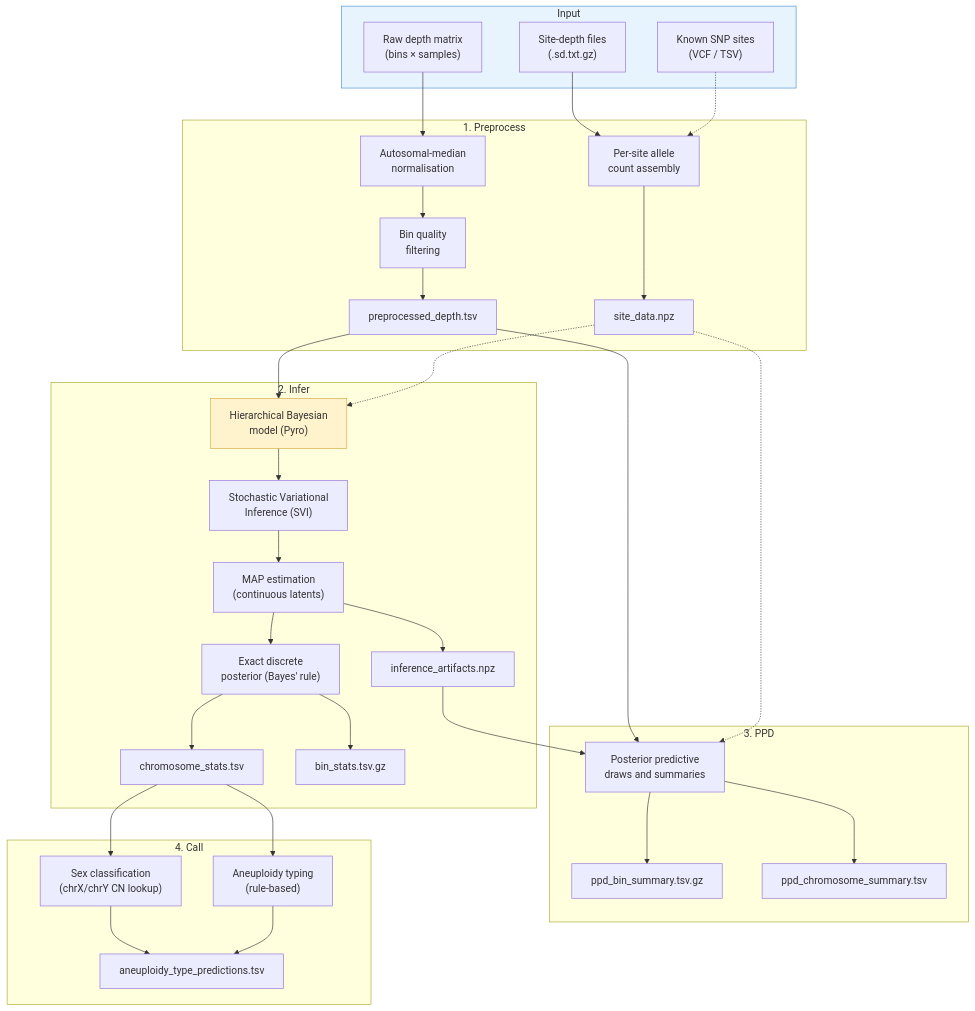
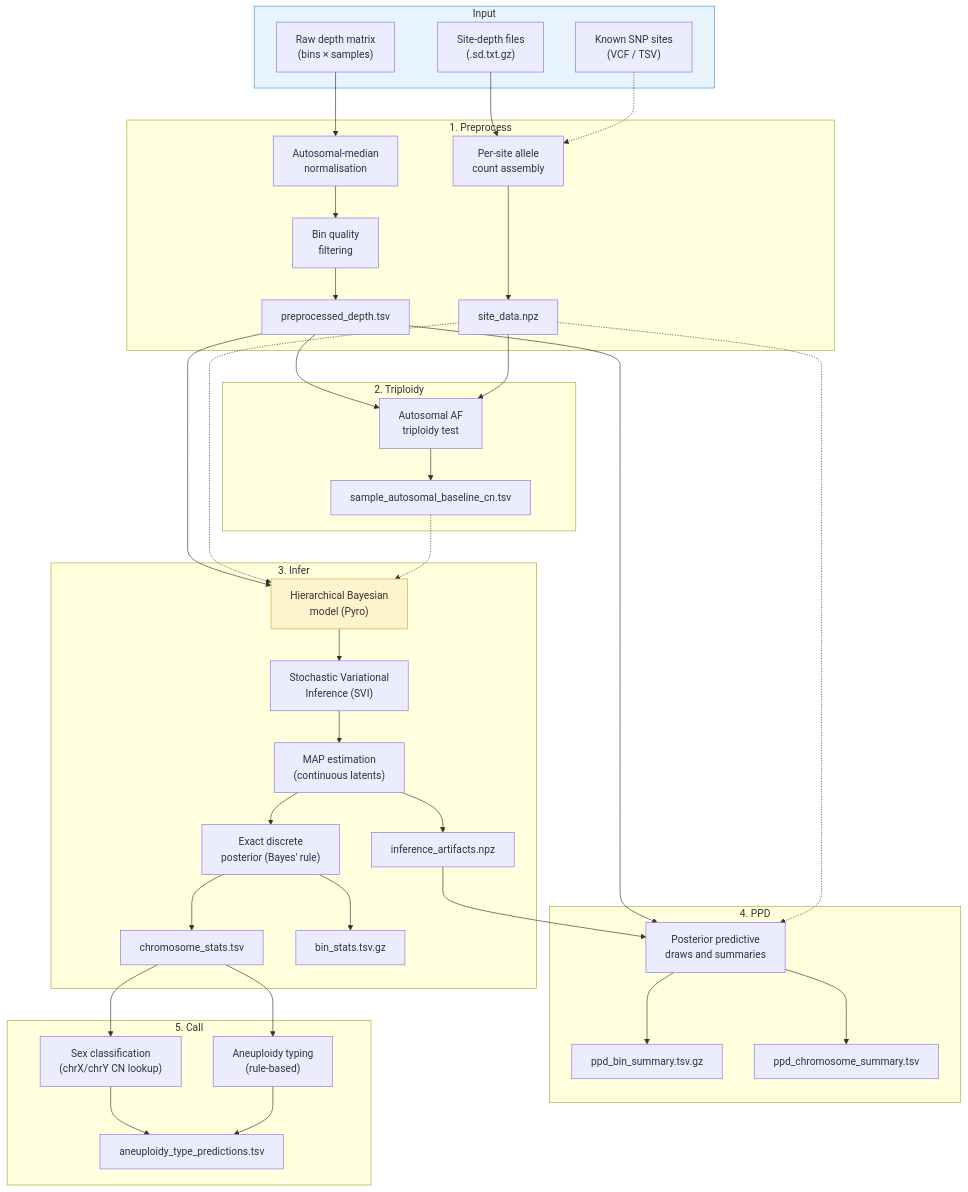
One commit to broadinstitute/gatk-sv changed the first of 5 diagrams in src/gatk-sv-ploidy/README.md. Above: the diagram before and after it, drawn with Mermaid. The commit also changed other lines of this file and 14 other files, not shown here.

````diff
--- a/src/gatk-sv-ploidy/README.md
+++ b/src/gatk-sv-ploidy/README.md
@@ -110,51 +139,59 @@
 ```mermaid
 flowchart TD
     subgraph Input
         RD["Raw depth matrix\n(bins × samples)"]
         SD["Site-depth files\n(.sd.txt.gz)"]
         KS["Known SNP sites\n(VCF / TSV)"]
     end
 
     subgraph "1. Preprocess"
         N["Autosomal-median\nnormalisation"]
         BF["Bin quality\nfiltering"]
         AF["Per-site allele\ncount assembly"]
         RD --> N --> BF
         SD --> AF
         KS -.-> AF
         BF --> PD["preprocessed_depth.tsv"]
         AF --> SN["site_data.npz"]
     end
 
-    subgraph "2. Infer"
+      subgraph "2. Triploidy"
+        TT["Autosomal AF\ntriploidy test"]
+        PD --> TT
+        SN --> TT
+        TT --> TM["sample_autosomal_baseline_cn.tsv"]
+      end
+
+      subgraph "3. Infer"
         M["Hierarchical Bayesian\nmodel (Pyro)"]
         SVI["Stochastic Variational\nInference (SVI)"]
         MAP["MAP estimation\n(continuous latents)"]
         DP["Exact discrete\nposterior (Bayes' rule)"]
         PD --> M
         SN -.-> M
+        TM -.-> M
         M --> SVI --> MAP --> DP
         DP --> CS["chromosome_stats.tsv"]
         DP --> BS["bin_stats.tsv.gz"]
         MAP --> IA["inference_artifacts.npz"]
     end
 
-    subgraph "3. PPD"
+      subgraph "4. PPD"
         PPD["Posterior predictive\ndraws and summaries"]
         PD --> PPD
         SN -.-> PPD
         IA --> PPD
         PPD --> PB["ppd_bin_summary.tsv.gz"]
         PPD --> PC["ppd_chromosome_summary.tsv"]
     end
 
-    subgraph "4. Call"
+      subgraph "5. Call"
         SC["Sex classification\n(chrX/chrY CN lookup)"]
         AC["Aneuploidy typing\n(rule-based)"]
         CS --> SC --> PR["aneuploidy_type_predictions.tsv"]
         CS --> AC --> PR
     end
 
     style Input fill:#e8f4fd,stroke:#4a90d9
     style M fill:#fff3cd,stroke:#d4a843
 ```
````
